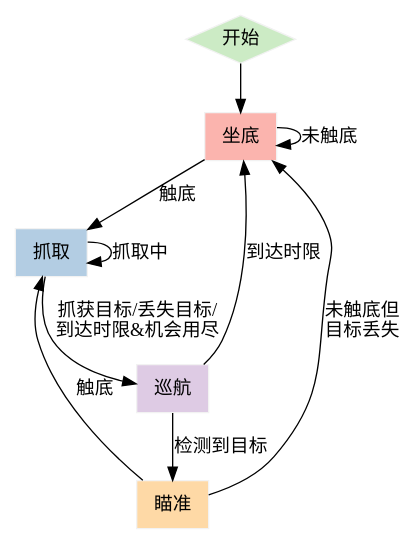
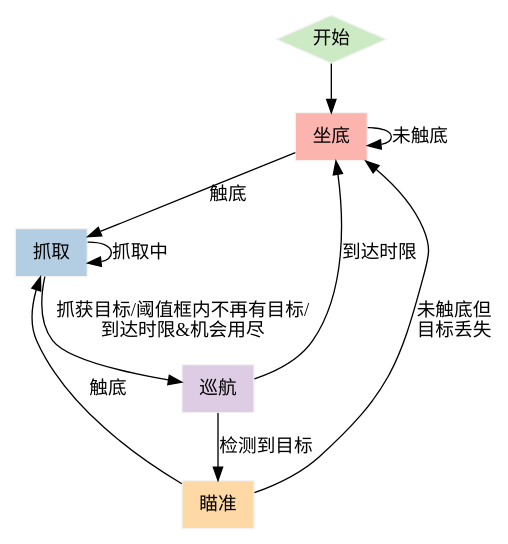
Before and after one commit to LeoJhonSong/Soft-Robotic-ROV: the diagram in doc/抓取流程.dot, drawn with Graphviz. The commit also changed 3 other files, not shown here.

```diff
--- a/doc/抓取流程.dot
+++ b/doc/抓取流程.dot
@@ -1,21 +1,21 @@
 digraph G {
   splines=spline
   node [shape=box colorscheme=pastel19 style="filled" color=9]
 
   l [label="坐底" fillcolor=1]
   g [label="抓取" fillcolor=2]
   c [label="巡航" fillcolor=4]
   a [label="瞄准" fillcolor=5]
 
   l -> l [label="未触底"]
   l -> g [label="触底"]
   g -> g [label="抓取中"]
-  g -> c [label="抓获目标/丢失目标/\n到达时限&机会用尽"]
+  g -> c [label="抓获目标/阈值框内不再有目标/\n到达时限&机会用尽"]
   c -> l [label="到达时限"]
   c -> a [label="检测到目标"]
   a -> l [label="未触底但\n目标丢失"]
   a -> g [label="触底"]
 
   start [label="开始" shape=diamond fillcolor=3]
   start -> l
 }
```
